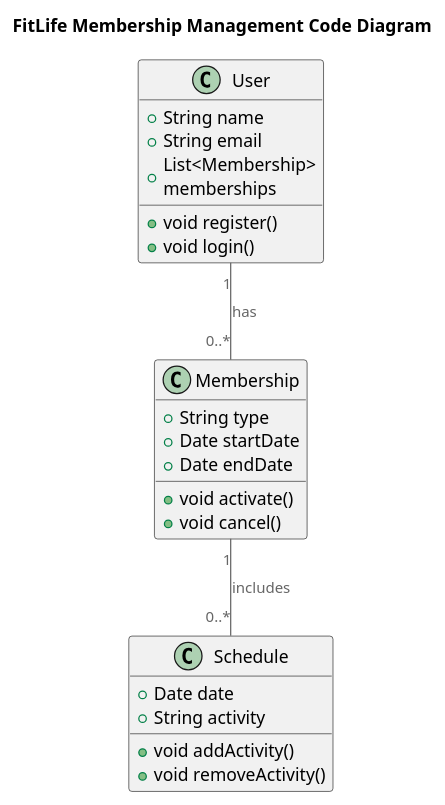
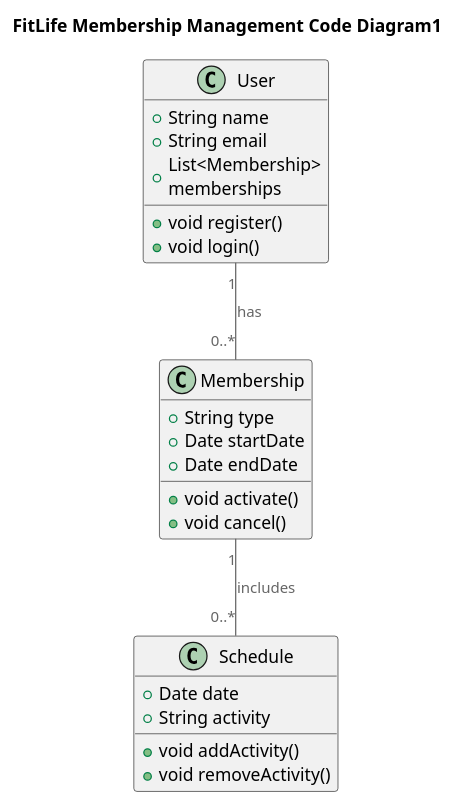
Before and after one commit to db-exp/sample-c4: the diagram in diagrams/code/Code.puml, drawn with PlantUML.

```diff
--- a/diagrams/code/Code.puml
+++ b/diagrams/code/Code.puml
@@ -1,34 +1,34 @@
 @startuml
-title FitLife Membership Management Code Diagram
+title FitLife Membership Management Code Diagram1
 
 top to bottom direction
 
 !include https://raw.githubusercontent.com/RicardoNiepel/C4-PlantUML/master/C4_Component.puml
 
 class User {
   +String name
   +String email
   +List<Membership> memberships
   +void register()
   +void login()
 }
 
 class Membership {
   +String type
   +Date startDate
   +Date endDate
   +void activate()
   +void cancel()
 }
 
 class Schedule {
   +Date date
   +String activity
   +void addActivity()
   +void removeActivity()
 }
 
 User "1" -- "0..*" Membership : has
 Membership "1" -- "0..*" Schedule : includes
 
 @enduml
```
